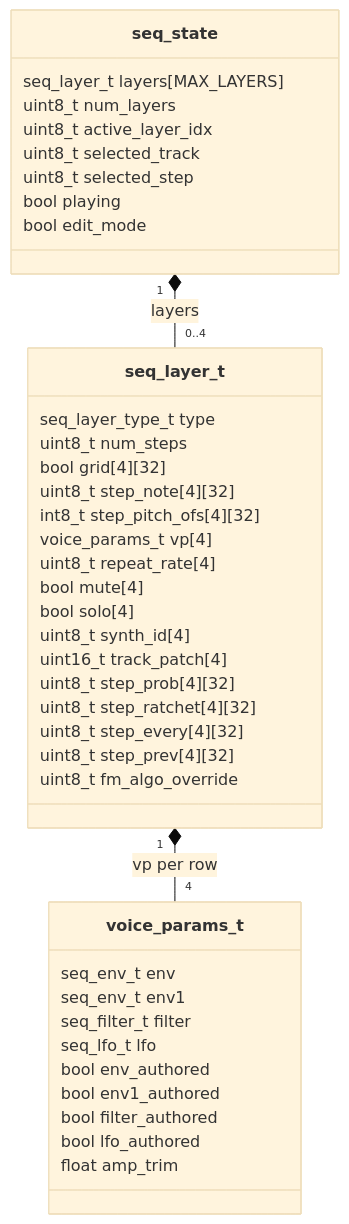
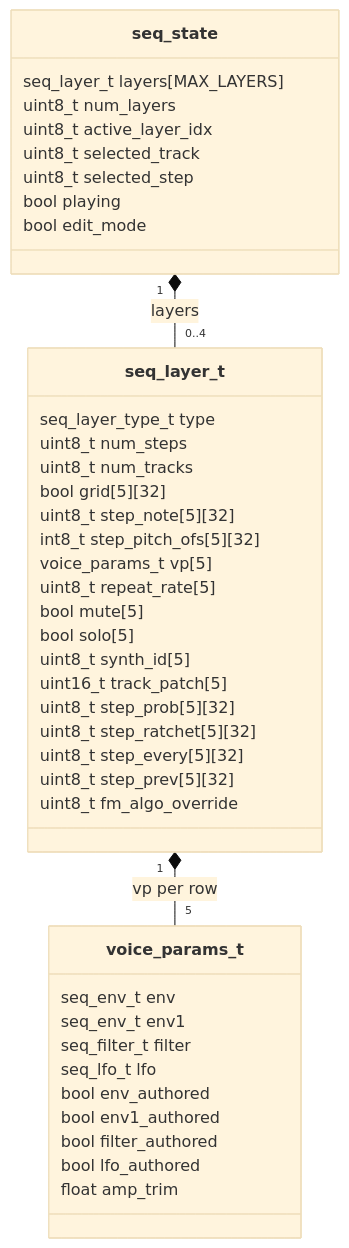
One commit to rt-rtos/S3-Amysynth changed the first of 4 diagrams in SEQUENCER-ARCHITECTURE.md. Above: the diagram before and after it, drawn with Mermaid (base theme). The commit also changed other lines of this file and 30 other files, not shown here.

First line of the commit message:
Sequencer: layers with a fifth row

````diff
--- a/SEQUENCER-ARCHITECTURE.md
+++ b/SEQUENCER-ARCHITECTURE.md
@@ -116,43 +117,44 @@
 ```mermaid
 classDiagram
     class seq_state {
         seq_layer_t layers[MAX_LAYERS]
         uint8_t num_layers
         uint8_t active_layer_idx
         uint8_t selected_track
         uint8_t selected_step
         bool playing
         bool edit_mode
     }
     class seq_layer_t {
         seq_layer_type_t type
         uint8_t num_steps
-        bool grid[4][32]
-        uint8_t step_note[4][32]
-        int8_t step_pitch_ofs[4][32]
-        voice_params_t vp[4]
-        uint8_t repeat_rate[4]
-        bool mute[4]
-        bool solo[4]
-        uint8_t synth_id[4]
-        uint16_t track_patch[4]
-        uint8_t step_prob[4][32]
-        uint8_t step_ratchet[4][32]
-        uint8_t step_every[4][32]
-        uint8_t step_prev[4][32]
+        uint8_t num_tracks
+        bool grid[5][32]
+        uint8_t step_note[5][32]
+        int8_t step_pitch_ofs[5][32]
+        voice_params_t vp[5]
+        uint8_t repeat_rate[5]
+        bool mute[5]
+        bool solo[5]
+        uint8_t synth_id[5]
+        uint16_t track_patch[5]
+        uint8_t step_prob[5][32]
+        uint8_t step_ratchet[5][32]
+        uint8_t step_every[5][32]
+        uint8_t step_prev[5][32]
         uint8_t fm_algo_override
     }
     class voice_params_t {
         seq_env_t env
         seq_env_t env1
         seq_filter_t filter
         seq_lfo_t lfo
         bool env_authored
         bool env1_authored
         bool filter_authored
         bool lfo_authored
         float amp_trim
     }
     seq_state "1" *-- "0..4" seq_layer_t : layers
-    seq_layer_t "1" *-- "4" voice_params_t : vp per row
+    seq_layer_t "1" *-- "5" voice_params_t : vp per row
 ```
````
